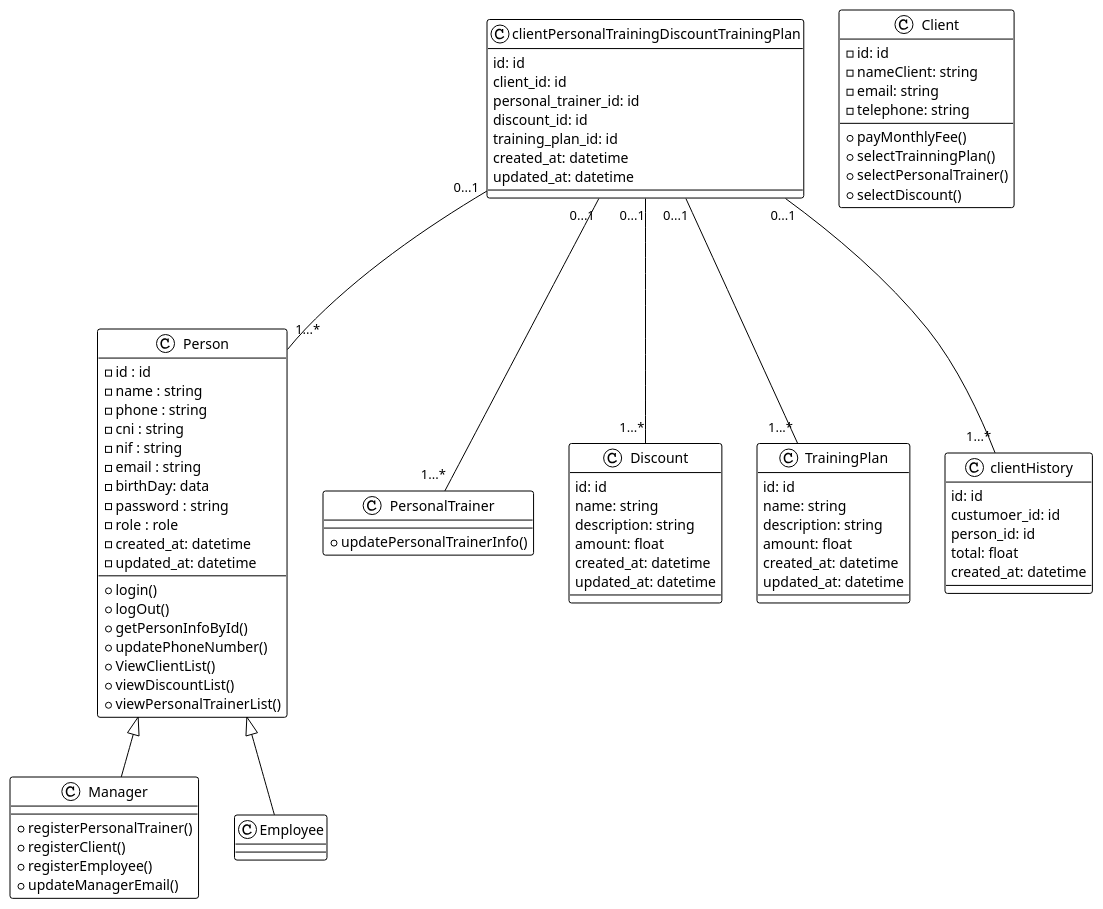
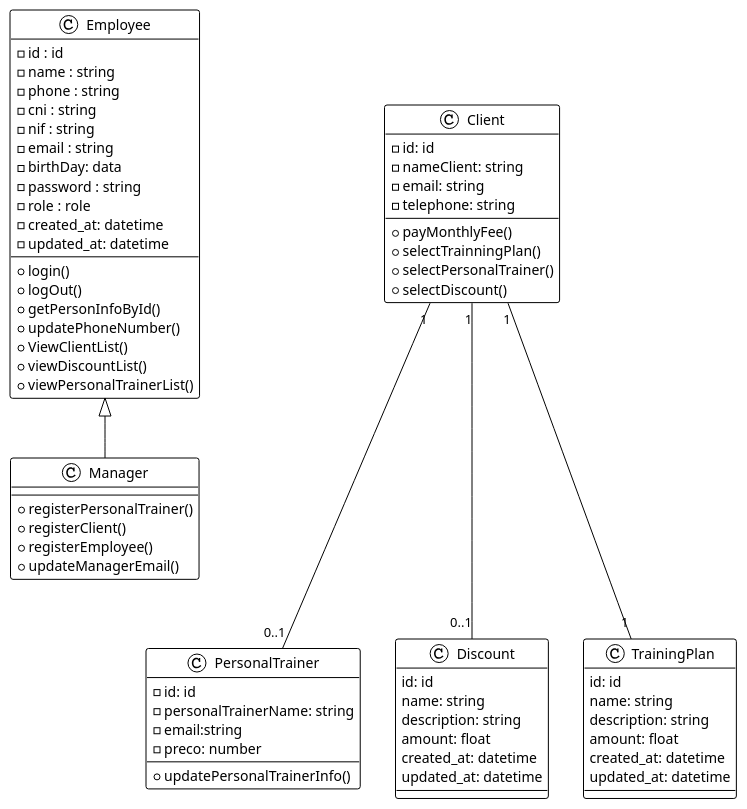
The diagram in diagram/main/Class/classtes.puml (bosshentai/tccCode), drawn with PlantUML before and after one commit. The commit also changed 3 other files, not shown here.

Commit message:
Diagrams have been done for now

```diff
--- a/diagram/main/Class/classtes.puml
+++ b/diagram/main/Class/classtes.puml
@@ -1,124 +1,137 @@
 @startuml Nogain
 ' !theme materia-outline
 !theme plain
 
-class Person {
+class Employee {
   - id : id
   -name : string
   -phone : string
   -cni : string
   -nif : string
   -email : string
   -birthDay: data
   -password : string
   -role : role
   -created_at: datetime
   -updated_at: datetime
 
   +login()
   +logOut()
   +getPersonInfoById()
   +updatePhoneNumber()
   +ViewClientList()
   +viewDiscountList()
   +viewPersonalTrainerList()
 
 }
 
 class Client {
   -id: id
   -nameClient: string
   -email: string
   -telephone: string
   +payMonthlyFee()
   +selectTrainningPlan()
   +selectPersonalTrainer()
   +selectDiscount()
 }
 
 
 class PersonalTrainer {
+  -id: id
+  -personalTrainerName: string
+  -email:string
+  -preco: number
   +updatePersonalTrainerInfo()
 
 }
 
 
 class Manager {
   +registerPersonalTrainer()
   +registerClient()
   +registerEmployee()
   +updateManagerEmail()
 }
 
 
-class Employee {
+' class Employee {
 
-  ' +viewClientList()
-  ' +viewPersonalTrainerList()
-  ' +viewDiscountList()
-}
+'   ' +viewClientList()
+'   ' +viewPersonalTrainerList()
+'   ' +viewDiscountList()
+' }
 
 
 class Discount {
   id: id
   name: string
   description: string
   amount: float
   created_at: datetime
   updated_at: datetime
 }
 
 class TrainingPlan {
   id: id
   name: string
   description: string
   amount: float
   created_at: datetime
   updated_at: datetime
 }
 
 
-class clientPersonalTrainingDiscountTrainingPlan {
-  id: id
-  client_id: id
-  personal_trainer_id: id
-  discount_id: id
-  training_plan_id: id
-  created_at: datetime
-  updated_at: datetime
-}
+' class clientPersonalTrainingDiscountTrainingPlan {
+'   id: id
+'   client_id: id
+'   personal_trainer_id: id
+'   discount_id: id
+'   training_plan_id: id
+'   created_at: datetime
+'   updated_at: datetime
+' }
 
-class clientHistory {
-  id: id
-  custumoer_id: id
-  person_id: id
-  total: float
-  created_at: datetime
-}
+' class ClientHistory {
+'   id: id
+'   custumoer_id: id
+'   person_id: id
+'   total: float
+'   created_at: datetime
+' }
 
+
+
+
+
+
+Client "1" --- "0..1" Discount
+Client "1" --- "1" TrainingPlan
+Client "1" --- "0..1" PersonalTrainer
 
 ' enum Role {
 '   MANAGER
 '   EMPLOYEE
 '   CUSTOMER
 ' }
 
 ' Person --- Role
 
 ' confirma se inheritance or aggregation
 
 ' Person  <|--  Client
 ' Person  <|--  PersonalTrainer
-Person  <|--  Manager
-Person  <|--  Employee
+Employee  <|--  Manager
+' Person  <|--  Employee
 
 ' clientHistory <|-- Client
 ' clientHistory <|-- Person
 
-clientPersonalTrainingDiscountTrainingPlan "0...1" --- "1...*" Person
-clientPersonalTrainingDiscountTrainingPlan "0...1" --- "1...*" PersonalTrainer
-clientPersonalTrainingDiscountTrainingPlan "0...1" --- "1...*" Discount
-clientPersonalTrainingDiscountTrainingPlan "0...1" --- "1...*" TrainingPlan
-clientPersonalTrainingDiscountTrainingPlan "0...1"--- "1...*" clientHistory
+' clientPersonalTrainingDiscountTrainingPlan "0...1" --- "1...*" Employee
+' clientPersonalTrainingDiscountTrainingPlan "0...1" --- "1...*" PersonalTrainer
+' clientPersonalTrainingDiscountTrainingPlan "0...1" --- "1...*" Discount
+' clientPersonalTrainingDiscountTrainingPlan "0...1" --- "1...*" TrainingPlan
+' clientPersonalTrainingDiscountTrainingPlan "0...1" --- "1...*" ClientHistory
+' clientPersonalTrainingDiscountTrainingPlan "0...1" --- "1...*" Client
 
 @enduml
```
